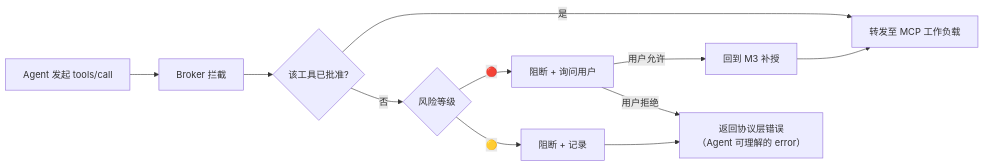
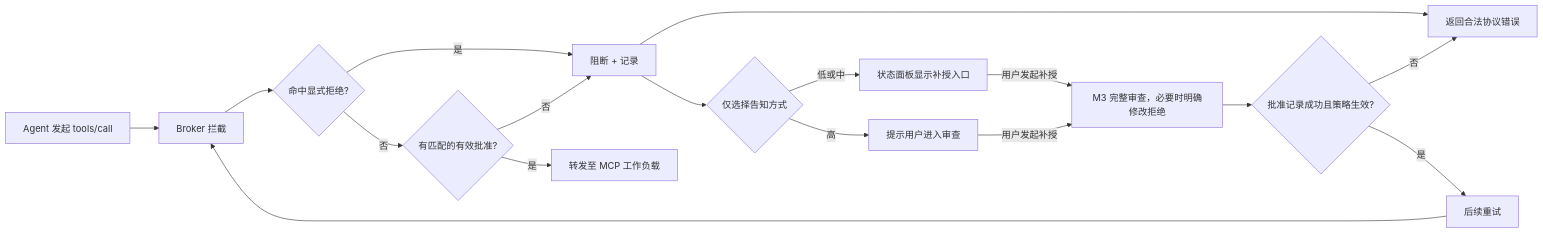
The sixth of 6 diagrams in docs/prd/desktop-sandbox/source/02-模块设计.md (mingmingtsao/mini-sandbox), drawn with Mermaid before and after one commit. The commit also changed other lines of this file and 7 other files, not shown here.

````diff
--- a/docs/prd/desktop-sandbox/source/02-模块设计.md
+++ b/docs/prd/desktop-sandbox/source/02-模块设计.md
@@ -518,12 +560,18 @@
 ```mermaid
 flowchart LR
     A[Agent 发起 tools/call] --> B[Broker 拦截]
-    B --> C{该工具已批准?}
-    C -->|是| D[转发至 MCP 工作负载]
-    C -->|否| E{风险等级}
-    E -->|🔴| F[阻断 + 询问用户]
-    E -->|🟡| G[阻断 + 记录]
-    F -->|用户允许| H[回到 M3 补授] --> D
-    F -->|用户拒绝| I["返回协议层错误<br/>（Agent 可理解的 error）"]
-    G --> I
+    B --> C{命中显式拒绝?}
+    C -->|是| E[阻断 + 记录]
+    C -->|否| D{有匹配的有效批准?}
+    D -->|是| X[转发至 MCP 工作负载]
+    D -->|否| E
+    E --> I[返回合法协议错误]
+    E --> F{仅选择告知方式}
+    F -->|低或中| G[状态面板显示补授入口]
+    F -->|高| H[提示用户进入审查]
+    G & H -->|用户发起补授| J[M3 完整审查，必要时明确修改拒绝]
+    J --> K{批准记录成功且策略生效?}
+    K -->|否| I
+    K -->|是| L[后续重试]
+    L --> B
 ```
````
